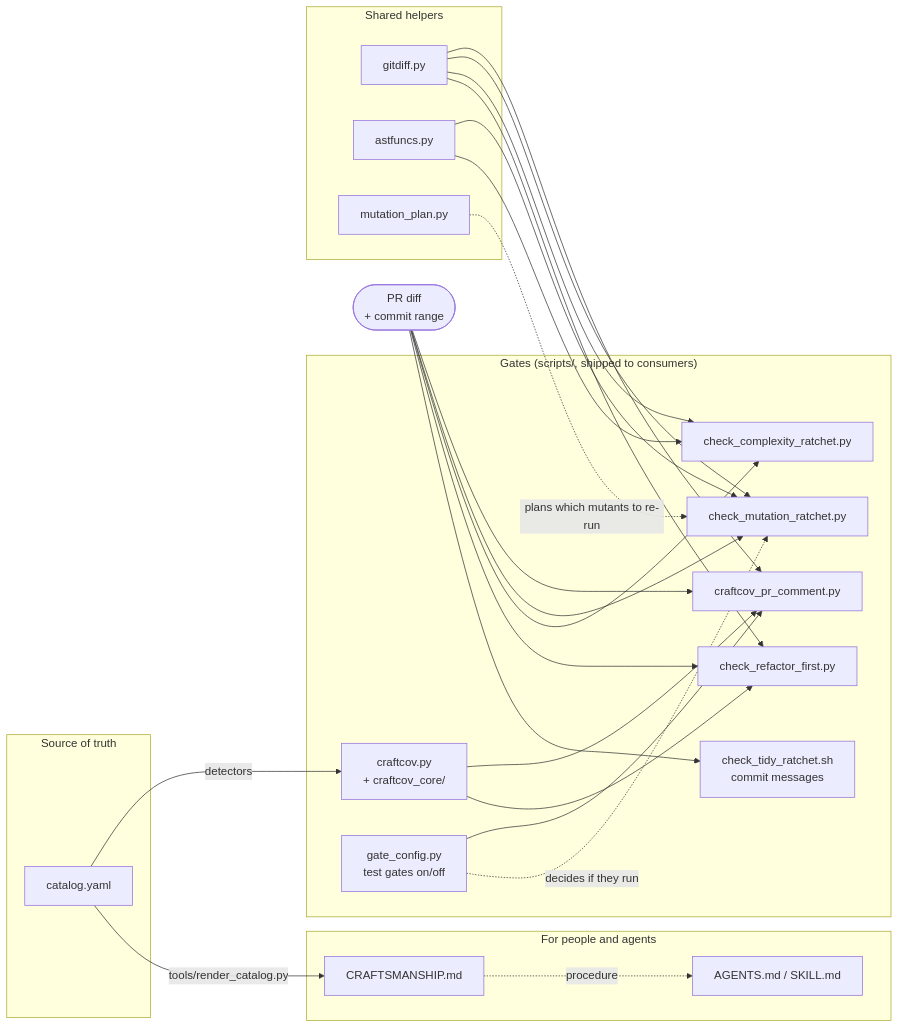
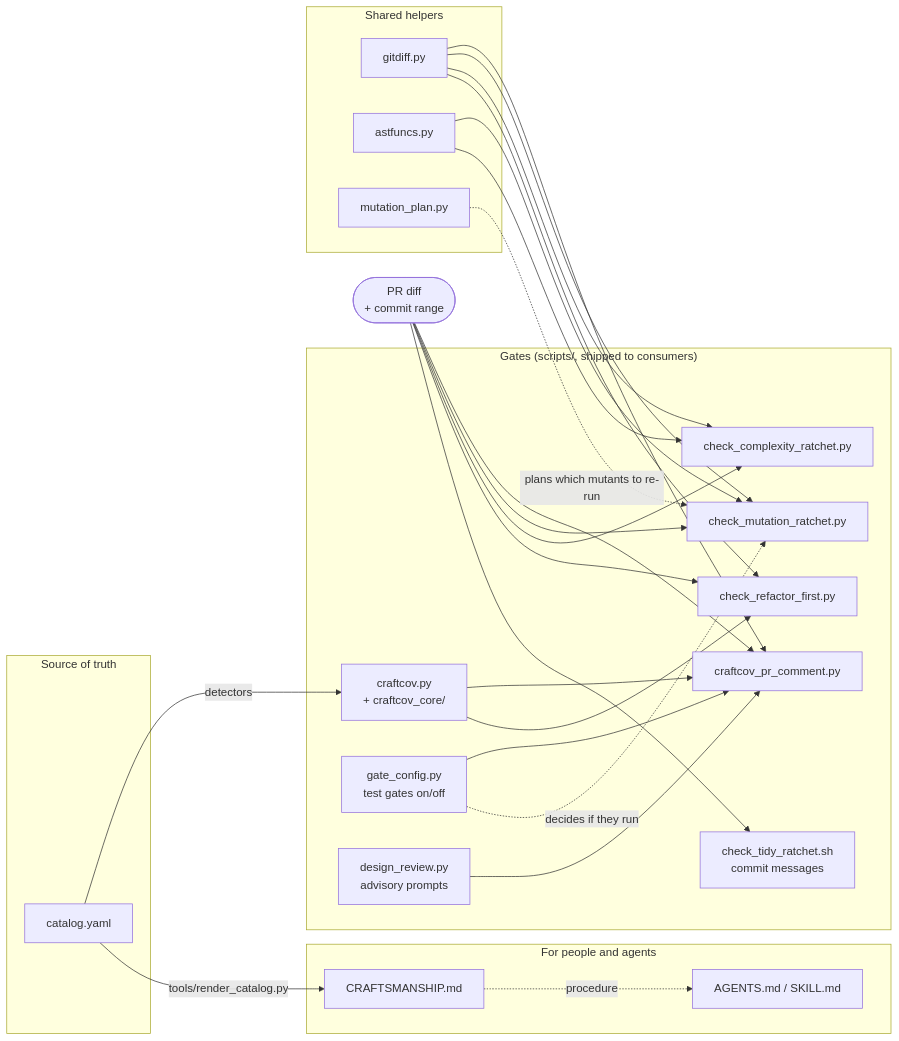
Before and after one commit to gbelbe/craft-gate: the diagram in docs/architecture.md, drawn with Mermaid. The commit also changed 16 other files, not shown here.

First line of the commit message:
feat: advisory design review in the PR comment, and a PR checklist for the judgement calls

````diff
--- a/docs/architecture.md
+++ b/docs/architecture.md
@@ -11,39 +11,41 @@
 ```mermaid
 flowchart LR
     subgraph source["Source of truth"]
         CAT[catalog.yaml]
     end
 
     subgraph docs["For people and agents"]
         CRAFT[CRAFTSMANSHIP.md]
         AGENTS[AGENTS.md / SKILL.md]
     end
 
     subgraph gates["Gates (scripts/, shipped to consumers)"]
         TIDY[check_tidy_ratchet.sh<br/>commit messages]
         CC[craftcov.py<br/>+ craftcov_core/]
         RF[check_refactor_first.py]
         CX[check_complexity_ratchet.py]
         MR[check_mutation_ratchet.py]
         PC[craftcov_pr_comment.py]
         GC[gate_config.py<br/>test gates on/off]
+        DR[design_review.py<br/>advisory prompts]
     end
 
     subgraph shared["Shared helpers"]
         GD[gitdiff.py]
         AF[astfuncs.py]
         MP[mutation_plan.py]
     end
 
     CAT -- tools/render_catalog.py --> CRAFT
     CAT -- detectors --> CC
     CRAFT -. procedure .-> AGENTS
     CC --> RF
     CC --> PC
     GD --> RF & CX & MR & PC
     AF --> CX & MR
     MP -. plans which mutants to re-run .-> MR
     GC -. decides if they run .-> MR
     GC --> PC
+    DR --> PC
     DIFF([PR diff<br/>+ commit range]) --> TIDY & RF & CX & MR & PC
 ```
````
